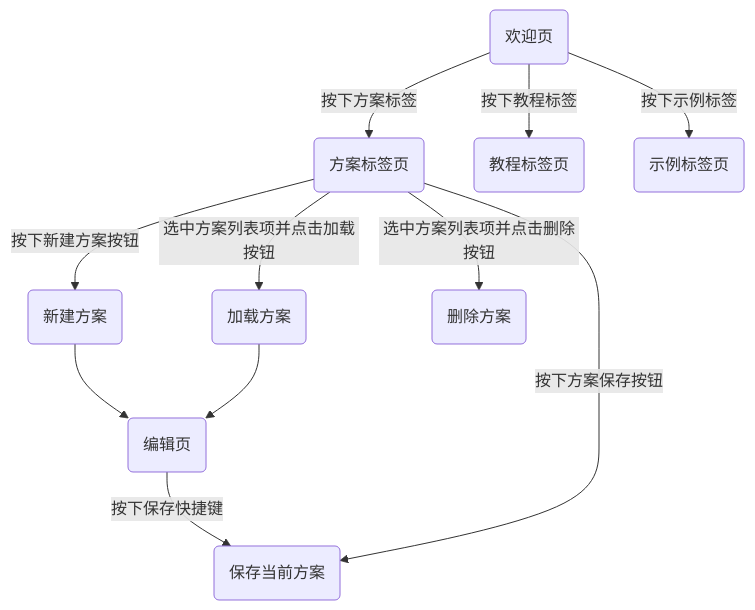
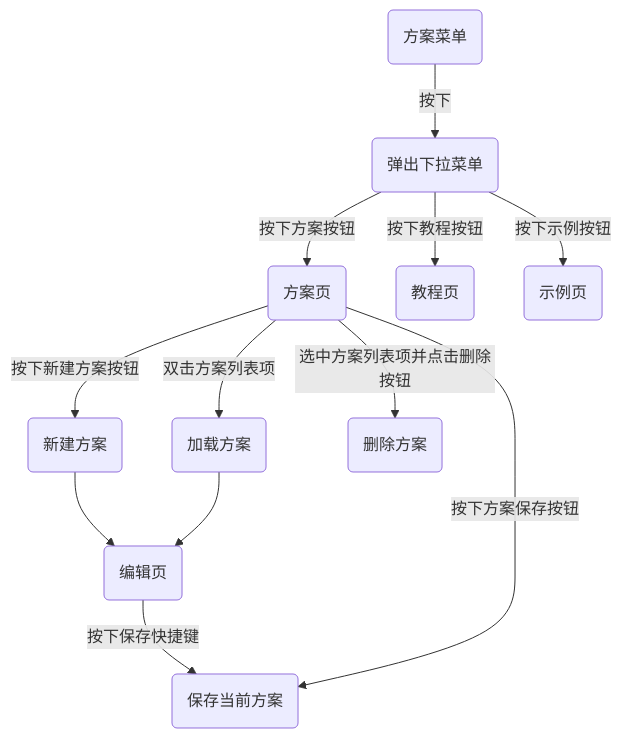
The second of 22 diagrams in Doc/BGP平台应用层设计.md (MJYCo-Ltd/Map), drawn with Mermaid before and after one commit. The commit also changed other lines of this file and 10 other files, not shown here.

````diff
--- a/Doc/BGP平台应用层设计.md
+++ b/Doc/BGP平台应用层设计.md
@@ -44,13 +48,14 @@
 ```mermaid
 graph TD; 
-WelcomPage(欢迎页)-->|按下方案标签|ScenarioPage(方案标签页); 
+ScenarioButton(方案菜单)-->|按下|PopupMenu(弹出下拉菜单)
+PopupMenu-->|按下方案按钮|ScenarioPage(方案页); 
 ScenarioPage-->|按下新建方案按钮|Add(新建方案); 
 Add-->EditPage(编辑页); 
-ScenarioPage-->|选中方案列表项并点击加载按钮|Load(加载方案); 
+ScenarioPage-->|双击方案列表项|Load(加载方案); 
 Load-->EditPage(编辑页); 
 EditPage-->|按下保存快捷键|Save; 
 ScenarioPage-->|按下方案保存按钮|Save(保存当前方案); 
 ScenarioPage-->|选中方案列表项并点击删除按钮|Remove(删除方案); 
-WelcomPage(欢迎页)-->|按下教程标签|TutorialPage(教程标签页); 
-WelcomPage(欢迎页)-->|按下示例标签|ExamplePage(示例标签页); 
+PopupMenu-->|按下教程按钮|TutorialPage(教程页); 
+PopupMenu-->|按下示例按钮|ExamplePage(示例页); 
 ```
````
